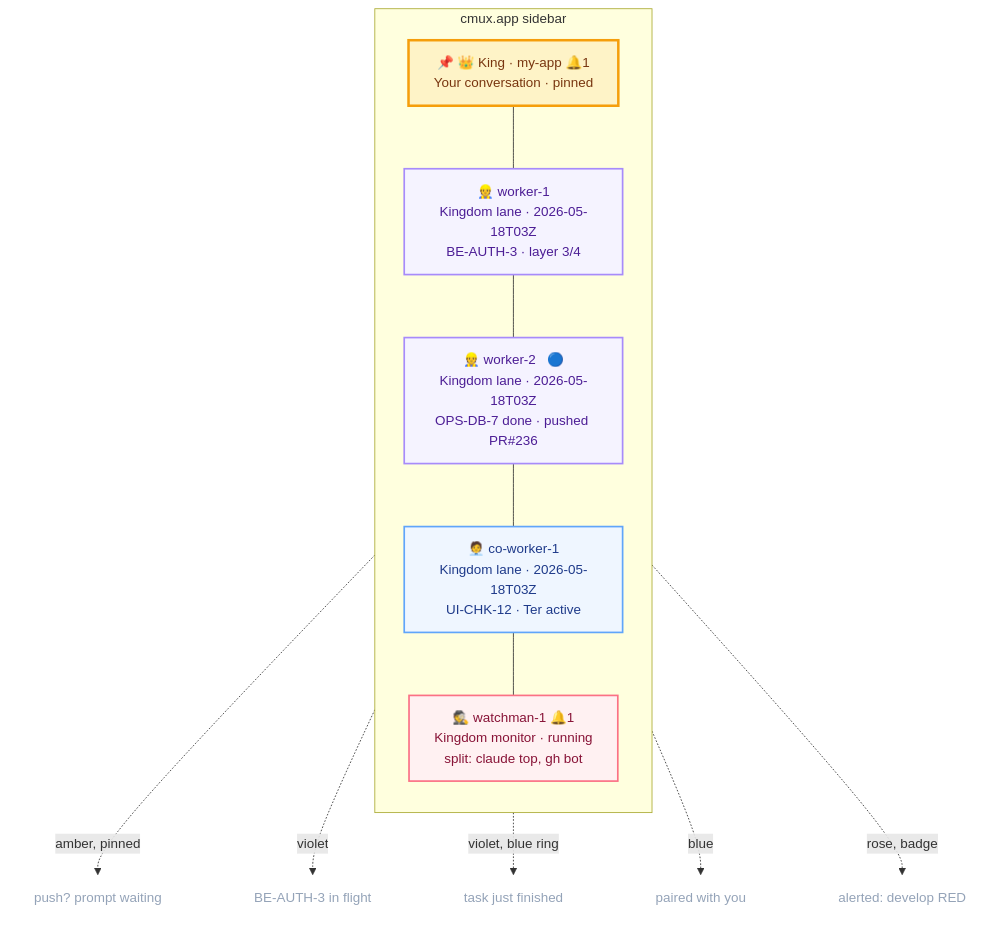
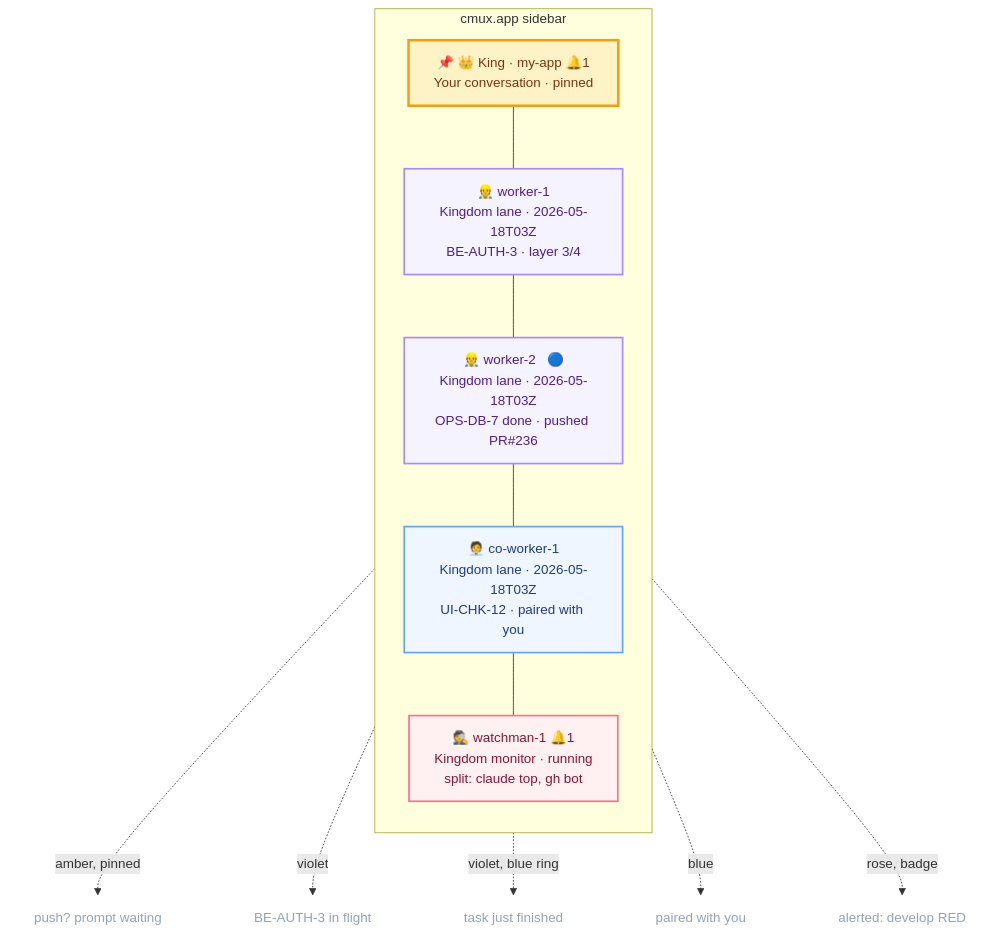
One commit to chatthong/kingdom changed the first of 2 diagrams in docs/cmux-integration.md. Above: the diagram before and after it, drawn with Mermaid. The commit also changed other lines of this file and 77 other files, not shown here.

````diff
--- a/docs/cmux-integration.md
+++ b/docs/cmux-integration.md
@@ -7,34 +9,34 @@
 ```mermaid
 graph TB
     subgraph SIDEBAR ["cmux.app sidebar"]
         direction TB
         K["📌 👑 King · my-app   🔔1<br/>Your conversation · pinned"]
         W1["👷 worker-1<br/>Kingdom lane · 2026-05-18T03Z<br/>BE-AUTH-3 · layer 3/4"]
         W2["👷 worker-2   🔵<br/>Kingdom lane · 2026-05-18T03Z<br/>OPS-DB-7 done · pushed PR#236"]
-        CW["🧑‍💼 co-worker-1<br/>Kingdom lane · 2026-05-18T03Z<br/>UI-CHK-12 · Ter active"]
+        CW["🧑‍💼 co-worker-1<br/>Kingdom lane · 2026-05-18T03Z<br/>UI-CHK-12 · paired with you"]
         WM["🕵️ watchman-1   🔔1<br/>Kingdom monitor · running<br/>split: claude top, gh bot"]
 
         K --- W1
         W1 --- W2
         W2 --- CW
         CW --- WM
     end
 
     K -.->|amber, pinned| KS["push? prompt waiting"]
     W1 -.->|violet| W1S["BE-AUTH-3 in flight"]
     W2 -.->|violet, blue ring| W2S["task just finished"]
     CW -.->|blue| CWS["paired with you"]
     WM -.->|rose, badge| WMS["alerted: develop RED"]
 
     classDef king fill:#fef3c7,stroke:#f59e0b,stroke-width:3px,color:#78350f
     classDef worker fill:#f5f3ff,stroke:#a78bfa,stroke-width:2px,color:#4c1d95
     classDef coworker fill:#eff6ff,stroke:#60a5fa,stroke-width:2px,color:#1e3a8a
     classDef watchman fill:#fff1f2,stroke:#fb7185,stroke-width:2px,color:#881337
     classDef note fill:none,stroke:none,color:#94a3b8
 
     class K king
     class W1,W2 worker
     class CW coworker
     class WM watchman
     class KS,W1S,W2S,CWS,WMS note
 ```
````
